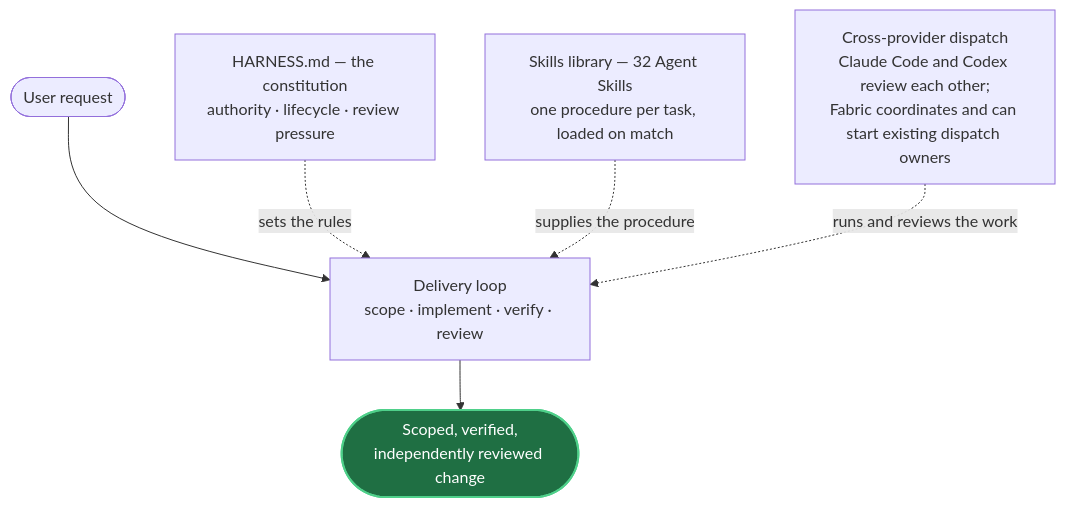
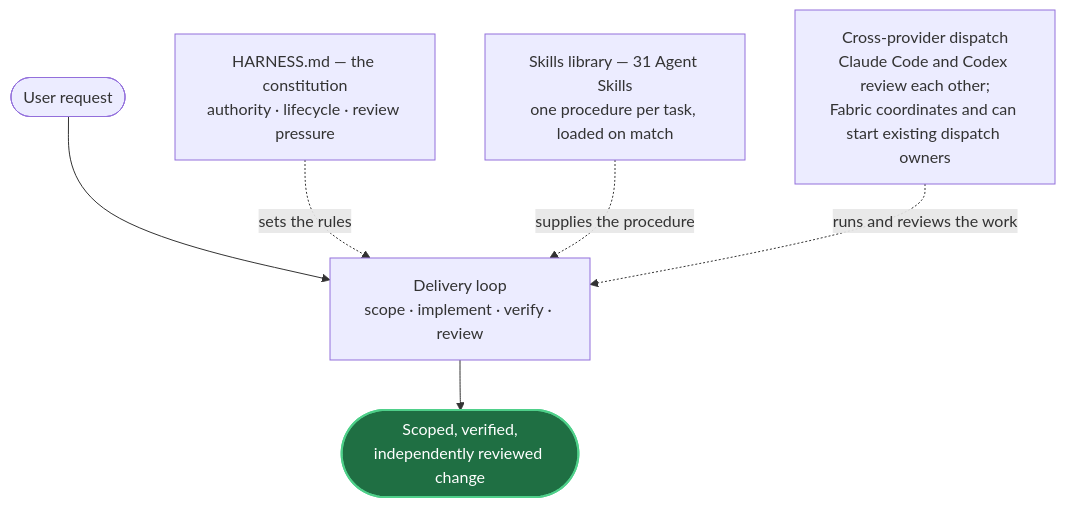
The first of 2 diagrams in README.md (mblauberg/provenant), drawn with Mermaid before and after one commit. The commit also changed other lines of this file and 15 other files, not shown here.

````diff
--- a/README.md
+++ b/README.md
@@ -37,12 +37,12 @@
 ```mermaid
 flowchart TB
     accTitle: The three parts and the delivery loop they serve
     accDescr: A user request enters the delivery loop, which runs scope, implement, verify and review, and produces a scoped, verified, independently reviewed change. Three parts act on that loop concurrently rather than in sequence. HARNESS.md, the constitution, sets the rules — authority, lifecycle and review pressure. The skills library supplies the procedure, one SKILL.md per task loaded when the task matches. Cross-provider dispatch runs and reviews the work, with Claude Code and Codex as primaries reviewing each other and Fabric providing messages, tasks, activity and a thin front door to the existing dispatch owners.
     U(["User request"]) --> LOOP["Delivery loop<br/>scope · implement · verify · review"]
     LOOP --> OUT(["Scoped, verified,<br/>independently reviewed change"])
     H["HARNESS.md — the constitution<br/>authority · lifecycle · review pressure"] -. "sets the rules" .-> LOOP
-    SK["Skills library — 32 Agent Skills<br/>one procedure per task, loaded on match"] -. "supplies the procedure" .-> LOOP
+    SK["Skills library — 31 Agent Skills<br/>one procedure per task, loaded on match"] -. "supplies the procedure" .-> LOOP
     F["Cross-provider dispatch<br/>Claude Code and Codex review each other;<br/>Fabric coordinates and can start existing dispatch owners"] -. "runs and reviews the work" .-> LOOP
     classDef out fill:#1f6f43,stroke:#4fd08a,color:#ffffff,stroke-width:2px
     class OUT out
 ```
````
